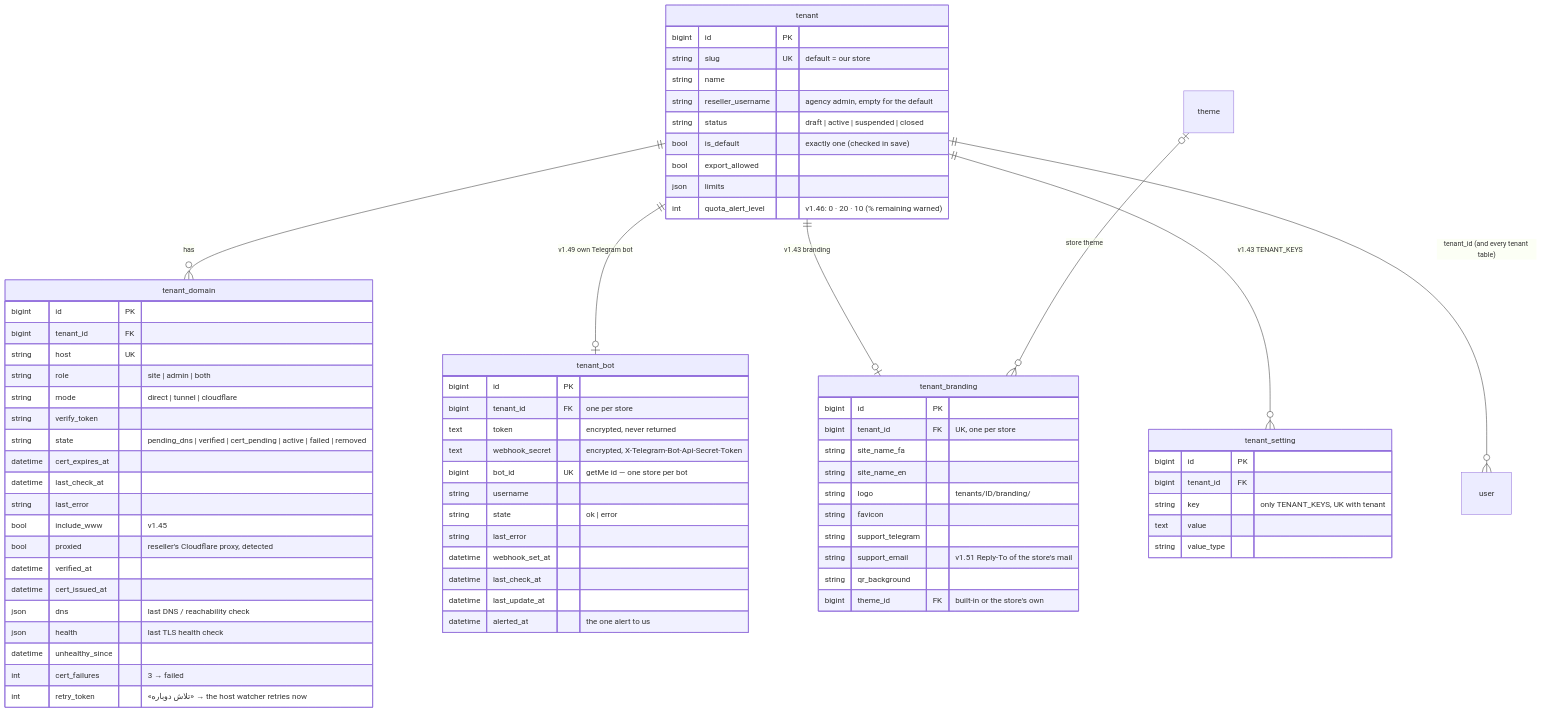
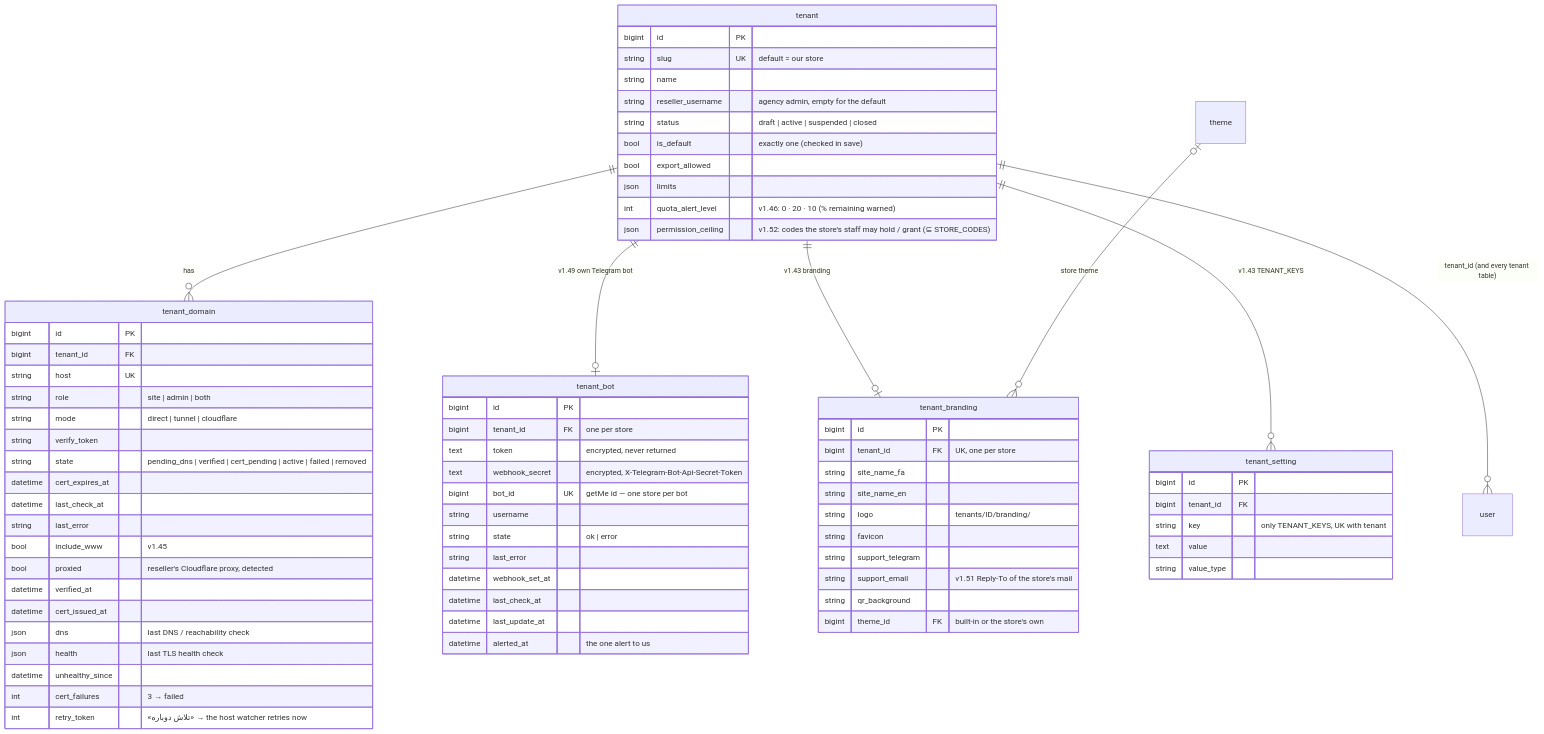
One commit to santiyagoburcart/caspintunel changed the first of 9 diagrams in docs/erd.md. Above: the diagram before and after it, drawn with Mermaid. The commit also changed other lines of this file and 38 other files, not shown here.

First line of the commit message:
release: v1.52.0 — multi-tenant Phase 8: reseller staff (ceiling, owner login, store roles/staff, store-only sign-in)

````diff
--- a/docs/erd.md
+++ b/docs/erd.md
@@ -22,74 +22,75 @@
 ```mermaid
 erDiagram
     tenant ||--o{ tenant_domain : has
     tenant ||--o| tenant_bot : "v1.49 own Telegram bot"
     tenant ||--o| tenant_branding : "v1.43 branding"
     tenant ||--o{ tenant_setting : "v1.43 TENANT_KEYS"
     theme |o--o{ tenant_branding : "store theme"
     tenant ||--o{ user : "tenant_id (and every tenant table)"
     tenant {
         bigint id PK
         string slug UK "default = our store"
         string name
         string reseller_username "agency admin, empty for the default"
         string status "draft | active | suspended | closed"
         bool is_default "exactly one (checked in save)"
         bool export_allowed
         json limits
         int quota_alert_level "v1.46: 0 · 20 · 10 (% remaining warned)"
+        json permission_ceiling "v1.52: codes the store's staff may hold / grant (⊆ STORE_CODES)"
     }
     tenant_domain {
         bigint id PK
         bigint tenant_id FK
         string host UK
         string role "site | admin | both"
         string mode "direct | tunnel | cloudflare"
         string verify_token
         string state "pending_dns | verified | cert_pending | active | failed | removed"
         datetime cert_expires_at
         datetime last_check_at
         string last_error
         bool include_www "v1.45"
         bool proxied "reseller's Cloudflare proxy, detected"
         datetime verified_at
         datetime cert_issued_at
         json dns "last DNS / reachability check"
         json health "last TLS health check"
         datetime unhealthy_since
         int cert_failures "3 → failed"
         int retry_token "«تلاش دوباره» → the host watcher retries now"
     }
     tenant_bot {
         bigint id PK
         bigint tenant_id FK "one per store"
         text token "encrypted, never returned"
         text webhook_secret "encrypted, X-Telegram-Bot-Api-Secret-Token"
         bigint bot_id UK "getMe id — one store per bot"
         string username
         string state "ok | error"
         string last_error
         datetime webhook_set_at
         datetime last_check_at
         datetime last_update_at
         datetime alerted_at "the one alert to us"
     }
     tenant_branding {
         bigint id PK
         bigint tenant_id FK "UK, one per store"
         string site_name_fa
         string site_name_en
         string logo "tenants/ID/branding/"
         string favicon
         string support_telegram
         string support_email "v1.51 Reply-To of the store's mail"
         string qr_background
         bigint theme_id FK "built-in or the store's own"
     }
     tenant_setting {
         bigint id PK
         bigint tenant_id FK
         string key "only TENANT_KEYS, UK with tenant"
         text value
         string value_type
     }
 ```
````
